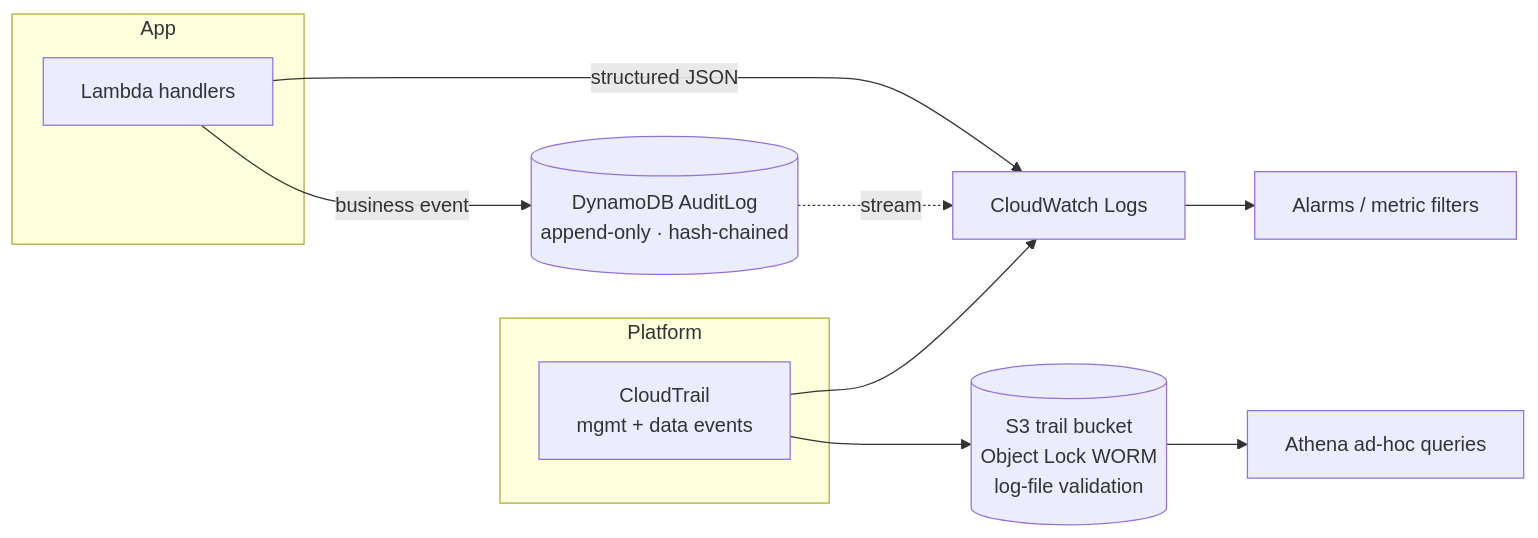
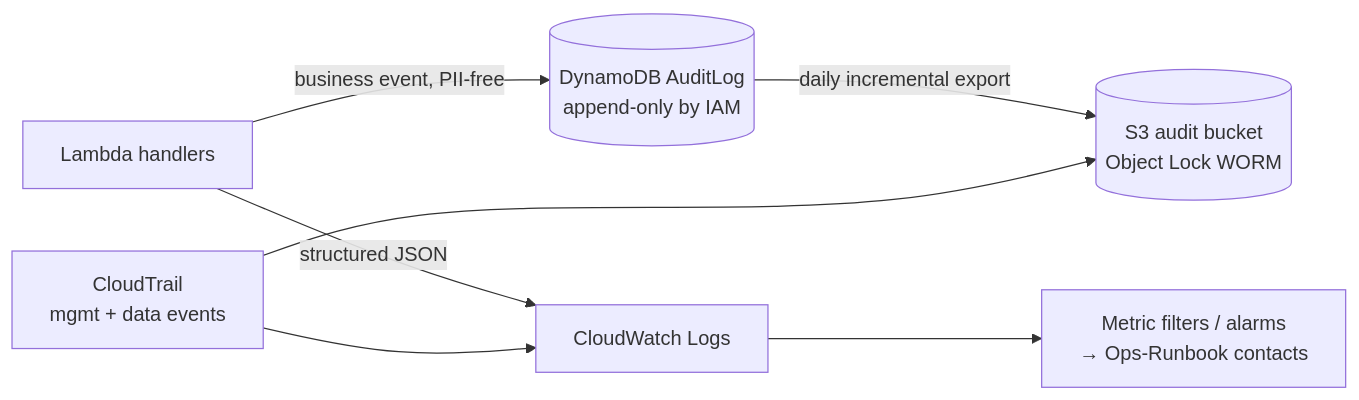
The third of 3 diagrams in docs/Architecture-Design.md (tccao/stem-career-path-ai-era), drawn with Mermaid before and after one commit. The commit also changed other lines of this file and 7 other files, not shown here.

Commit message:
refactor: decouple donation flow from Stripe to Zeffy for launch and initialize platform documentation suite

````diff
--- a/docs/Architecture-Design.md
+++ b/docs/Architecture-Design.md
@@ -328,16 +371,9 @@
 ```mermaid
 flowchart LR
-    subgraph App
-      FN[Lambda handlers]
-    end
-    FN -->|business event| AUD[(DynamoDB AuditLog<br/>append-only · hash-chained)]
+    FN[Lambda handlers] -->|business event, PII-free| AUD[(DynamoDB AuditLog<br/>append-only by IAM)]
     FN -->|structured JSON| CWL[CloudWatch Logs]
-    AUD -. stream .-> CWL
-    subgraph Platform
-      CT[CloudTrail<br/>mgmt + data events]
-    end
-    CT --> S3[(S3 trail bucket<br/>Object Lock WORM<br/>log-file validation)]
+    AUD -->|daily incremental export| WORM[(S3 audit bucket<br/>Object Lock WORM)]
+    CT[CloudTrail<br/>mgmt + data events] --> WORM
     CT --> CWL
-    CWL --> AL[Alarms / metric filters]
-    S3 --> ATH[Athena ad-hoc queries]
+    CWL --> AL[Metric filters / alarms<br/>→ Ops-Runbook contacts]
 ```
````
